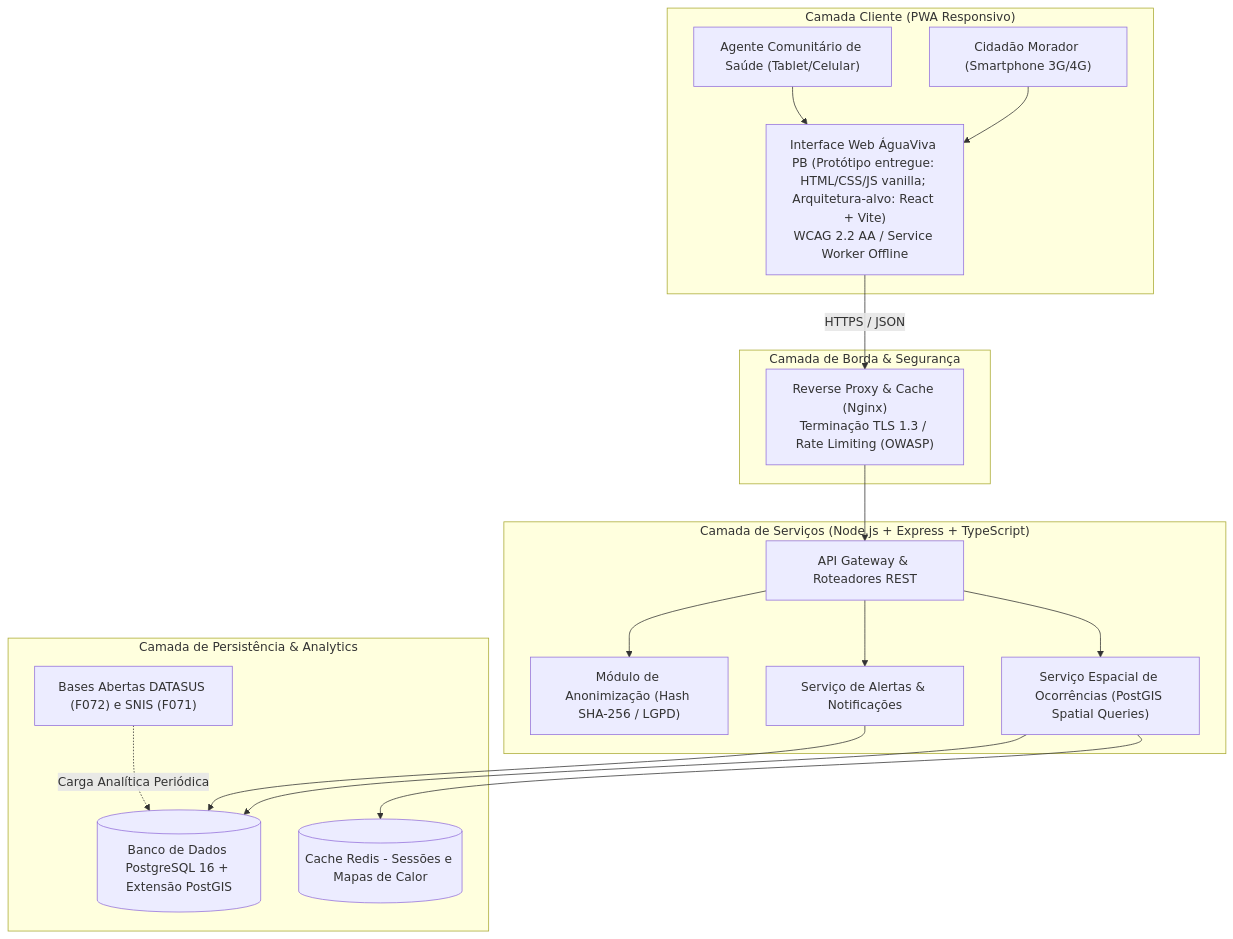
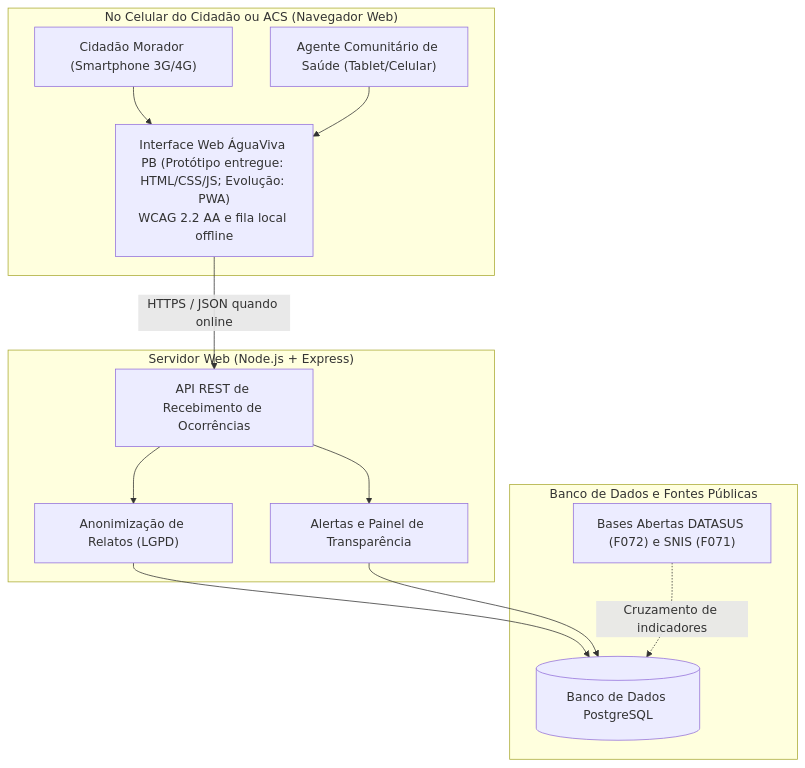
One commit to iGabrielCampos/Projeto_Integrador changed the first of 2 diagrams in 05_solucao/dossie_solucao.md. Above: the diagram before and after it, drawn with Mermaid. The commit also changed other lines of this file and 47 other files, not shown here.

````diff
--- a/05_solucao/dossie_solucao.md
+++ b/05_solucao/dossie_solucao.md
@@ -92,37 +92,28 @@
 ```mermaid
 graph TD
-    subgraph CLIENTE["Camada Cliente (PWA Responsivo)"]
+    subgraph CLIENTE["No Celular do Cidadão ou ACS (Navegador Web)"]
         USR["Cidadão Morador (Smartphone 3G/4G)"]
         ACS["Agente Comunitário de Saúde (Tablet/Celular)"]
-        PWA["Interface Web ÁguaViva PB (Protótipo entregue: HTML/CSS/JS vanilla; Arquitetura-alvo: React + Vite)<br>WCAG 2.2 AA / Service Worker Offline"]
+        PWA["Interface Web ÁguaViva PB (Protótipo entregue: HTML/CSS/JS; Evolução: PWA)<br>WCAG 2.2 AA e fila local offline"]
     end
 
-    subgraph BORDA["Camada de Borda & Segurança"]
-        NGX["Reverse Proxy & Cache (Nginx)<br>Terminação TLS 1.3 / Rate Limiting (OWASP)"]
+    subgraph BACKEND["Servidor Web (Node.js + Express)"]
+        API["API REST de Recebimento de Ocorrências"]
+        AUTH["Anonimização de Relatos (LGPD)"]
+        ALERTA["Alertas e Painel de Transparência"]
     end
 
-    subgraph BACKEND["Camada de Serviços (Node.js + Express + TypeScript)"]
-        API["API Gateway & Roteadores REST"]
-        AUTH["Módulo de Anonimização (Hash SHA-256 / LGPD)"]
-        GEO["Serviço Espacial de Ocorrências (PostGIS Spatial Queries)"]
-        ALERTA["Serviço de Alertas & Notificações"]
-    end
-
-    subgraph DADOS["Camada de Persistência & Analytics"]
-        DB[(Banco de Dados PostgreSQL 16 + Extensão PostGIS)]
-        CACHE[(Cache Redis - Sessões e Mapas de Calor)]
+    subgraph DADOS["Banco de Dados e Fontes Públicas"]
+        DB[(Banco de Dados PostgreSQL)]
         DATA_OPEN["Bases Abertas DATASUS (F072) e SNIS (F071)"]
     end
 
     USR --> PWA
     ACS --> PWA
-    PWA -->|HTTPS / JSON| NGX
-    NGX --> API
+    PWA -->|HTTPS / JSON quando online| API
     API --> AUTH
-    API --> GEO
     API --> ALERTA
-    GEO --> DB
-    GEO --> CACHE
+    AUTH --> DB
     ALERTA --> DB
-    DATA_OPEN -.->|Carga Analítica Periódica| DB
+    DATA_OPEN -.->|Cruzamento de indicadores| DB
 ```
````
